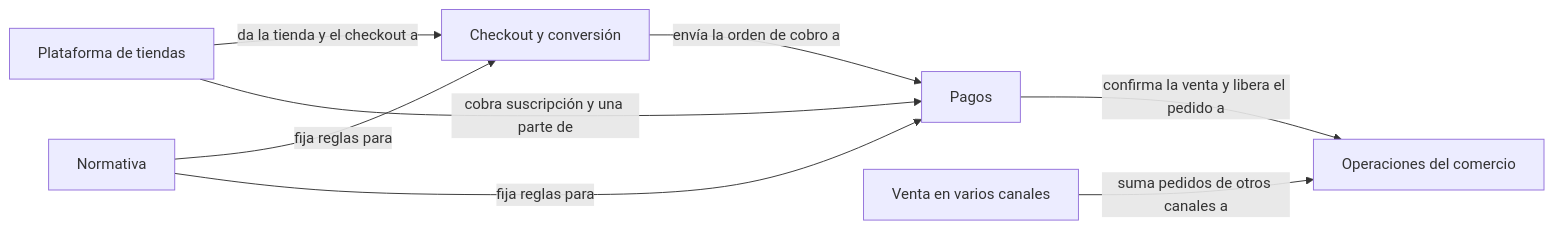
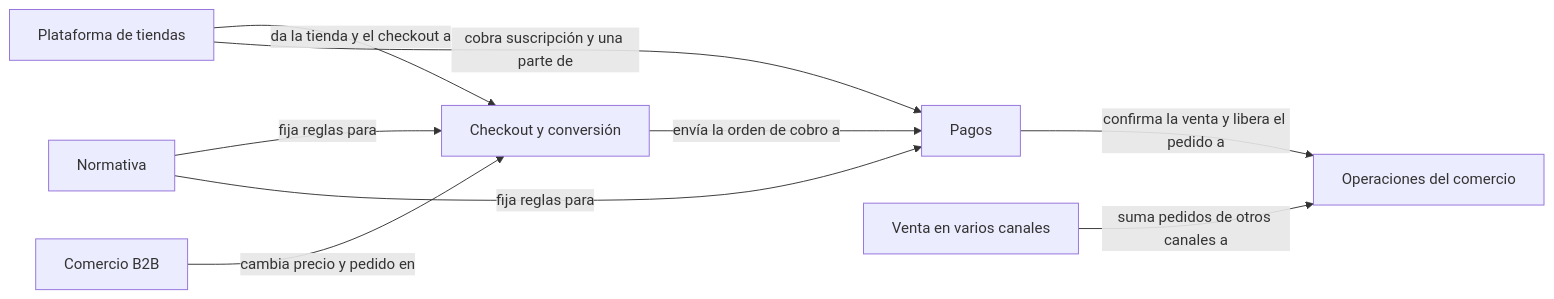
The diagram in Comercio-electronico/comercio-electronico.md (mtsdlf/conocimiento), drawn with Mermaid before and after one commit. The commit also changed other lines of this file and 23 other files, not shown here.

````diff
--- a/Comercio-electronico/comercio-electronico.md
+++ b/Comercio-electronico/comercio-electronico.md
@@ -45,10 +45,11 @@
 ```mermaid
 flowchart LR
   P[Plataforma de tiendas] -->|da la tienda y el checkout a| C[Checkout y conversión]
   C -->|envía la orden de cobro a| G[Pagos]
   G -->|confirma la venta y libera el pedido a| O[Operaciones del comercio]
   V[Venta en varios canales] -->|suma pedidos de otros canales a| O
   N[Normativa] -->|fija reglas para| C
   N -->|fija reglas para| G
   P -->|cobra suscripción y una parte de| G
+  B[Comercio B2B] -->|cambia precio y pedido en| C
 ```
````
